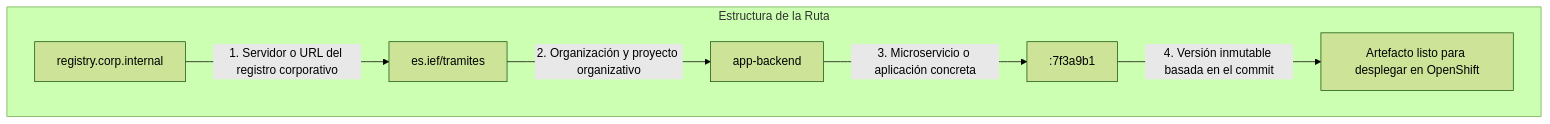
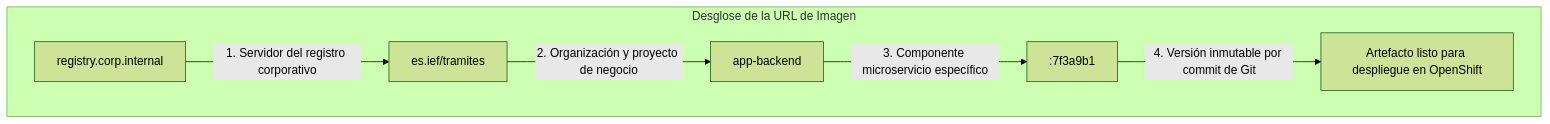
The third of 7 diagrams in docs/sesion4/4.4 Registro, gestión y seguridad de imágenes.md (ieftraining/curso-openshift), drawn with Mermaid (forest theme) before and after one commit. The commit also changed other lines of this file, not shown here.

````diff
--- a/docs/sesion4/4.4 Registro, gestión y seguridad de imágenes.md
+++ b/docs/sesion4/4.4 Registro, gestión y seguridad de imágenes.md
@@ -80,9 +77,9 @@
 ```mermaid
 flowchart TD
-    subgraph Estructura de la Ruta
-        A[registry.corp.internal] -->|1. Servidor o URL del registro corporativo| B[es.ief/tramites]
-        B -->|2. Organización y proyecto organizativo| C[app-backend]
-        C -->|3. Microservicio o aplicación concreta| D[:7f3a9b1]
-        D -->|4. Versión inmutable basada en el commit| E[Artefacto listo para desplegar en OpenShift]
+    subgraph Desglose de la URL de Imagen
+        A[registry.corp.internal] -->|1. Servidor del registro corporativo| B[es.ief/tramites]
+        B -->|2. Organización y proyecto de negocio| C[app-backend]
+        C -->|3. Componente microservicio específico| D[:7f3a9b1]
+        D -->|4. Versión inmutable por commit de Git| E[Artefacto listo para despliegue en OpenShift]
     end
 ```
````
